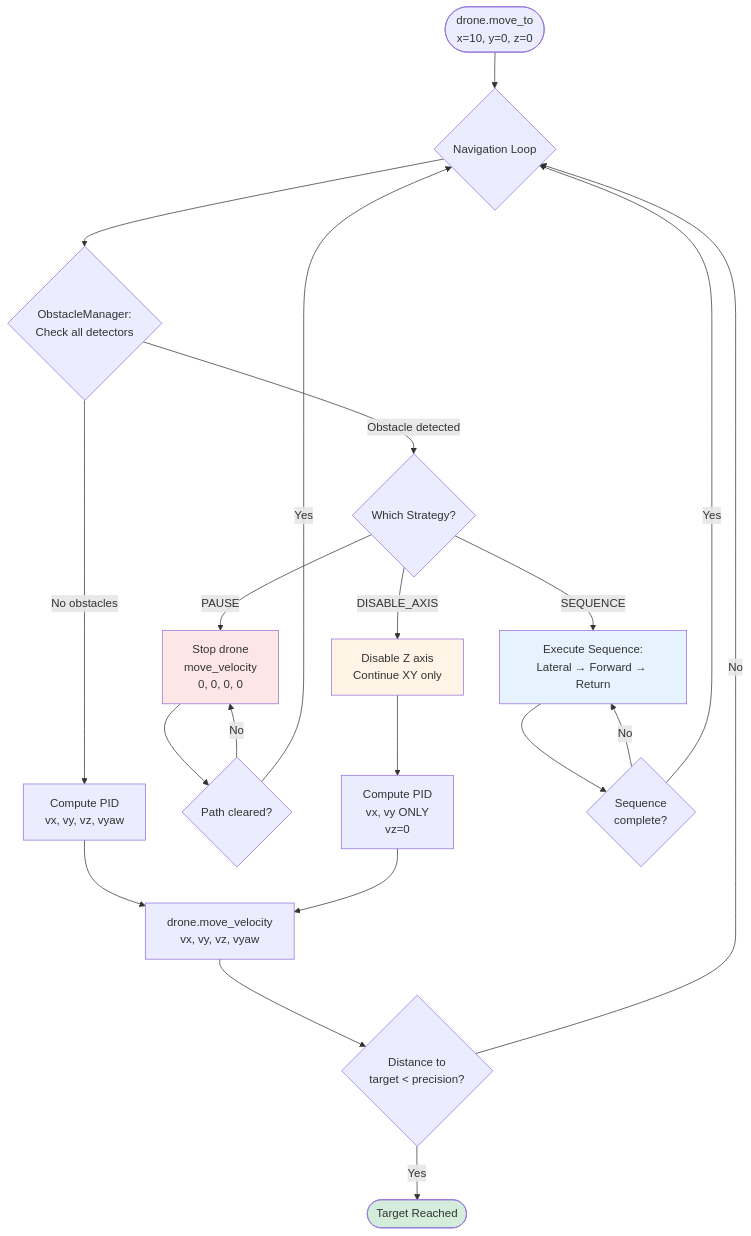
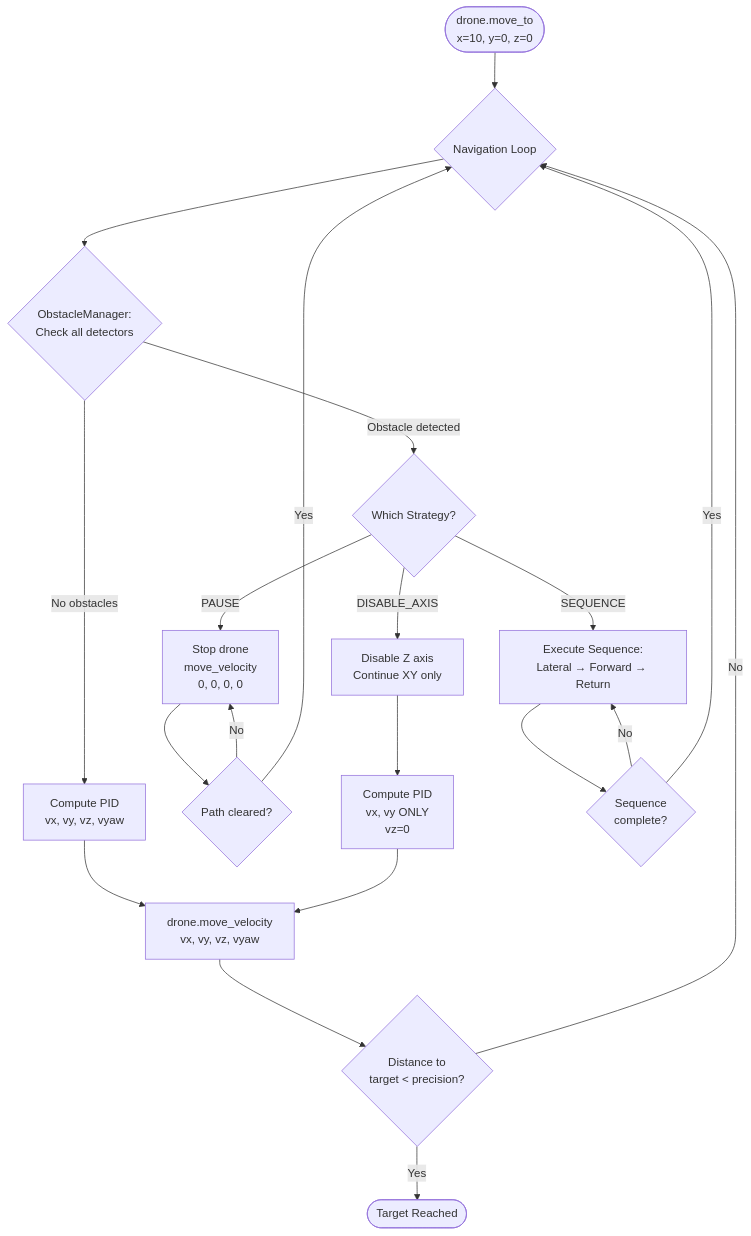
One commit to Black-Bee-Drones/nectar-sdk changed the fourth of 4 diagrams in nectar/nectar/control/obstacles/README.md. Above: the diagram before and after it, drawn with Mermaid. The commit also changed other lines of this file and 30 other files, not shown here.

````diff
--- a/nectar/nectar/control/obstacles/README.md
+++ b/nectar/nectar/control/obstacles/README.md
@@ -355,34 +362,29 @@
 ```mermaid
 flowchart TD
     Start([drone.move_to<br/>x=10, y=0, z=0]) --> Nav{Navigation Loop}
 
     Nav --> CheckObs{ObstacleManager:<br/>Check all detectors}
 
     CheckObs -->|No obstacles| ComputePID[Compute PID<br/>vx, vy, vz, vyaw]
     ComputePID --> SendVel[drone.move_velocity<br/>vx, vy, vz, vyaw]
     SendVel --> CheckDist{Distance to<br/>target < precision?}
 
     CheckObs -->|Obstacle detected| StrategyType{Which Strategy?}
 
     StrategyType -->|PAUSE| Pause[Stop drone<br/>move_velocity<br/>0, 0, 0, 0]
     Pause --> WaitClear{Path cleared?}
     WaitClear -->|No| Pause
     WaitClear -->|Yes| Nav
 
     StrategyType -->|DISABLE_AXIS| DisableZ[Disable Z axis<br/>Continue XY only]
     DisableZ --> ComputePID2[Compute PID<br/>vx, vy ONLY<br/>vz=0]
     ComputePID2 --> SendVel
 
     StrategyType -->|SEQUENCE| ExecuteSeq[Execute Sequence:<br/>Lateral → Forward → Return]
     ExecuteSeq --> SeqComplete{Sequence<br/>complete?}
     SeqComplete -->|No| ExecuteSeq
     SeqComplete -->|Yes| Nav
 
     CheckDist -->|No| Nav
     CheckDist -->|Yes| Done([Target Reached])
-
-    style Pause fill:#ffe6e6
-    style DisableZ fill:#fff4e6
-    style ExecuteSeq fill:#e6f3ff
-    style Done fill:#d4edda
 ```
````
